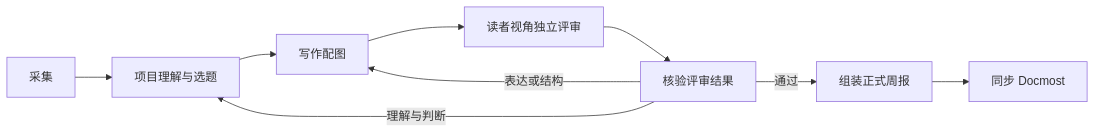
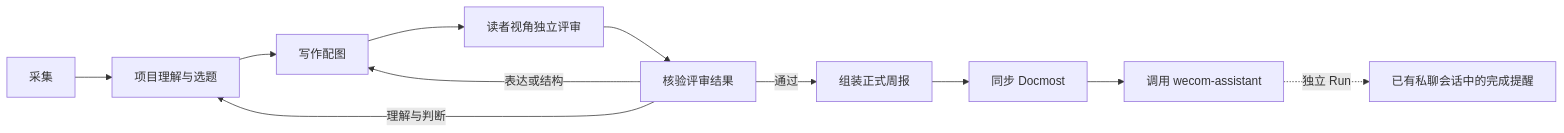
The diagram in docs/weekly-work-report.md (manstein-lzn/Anchor), drawn with Mermaid before and after one commit. The commit also changed other lines of this file and 18 other files, not shown here.

````diff
--- a/docs/weekly-work-report.md
+++ b/docs/weekly-work-report.md
@@ -9,11 +9,13 @@
 ```mermaid
 flowchart LR
     collect[采集] --> understand[项目理解与选题]
     understand --> write[写作配图]
     write --> review[读者视角独立评审]
     review --> gate[核验评审结果]
     gate -->|表达或结构| write
     gate -->|理解与判断| understand
     gate -->|通过| publish[组装正式周报]
     publish --> docmost[同步 Docmost]
+    docmost --> notify[调用 wecom-assistant]
+    notify -.独立 Run.-> assistant[已有私聊会话中的完成提醒]
 ```
````
